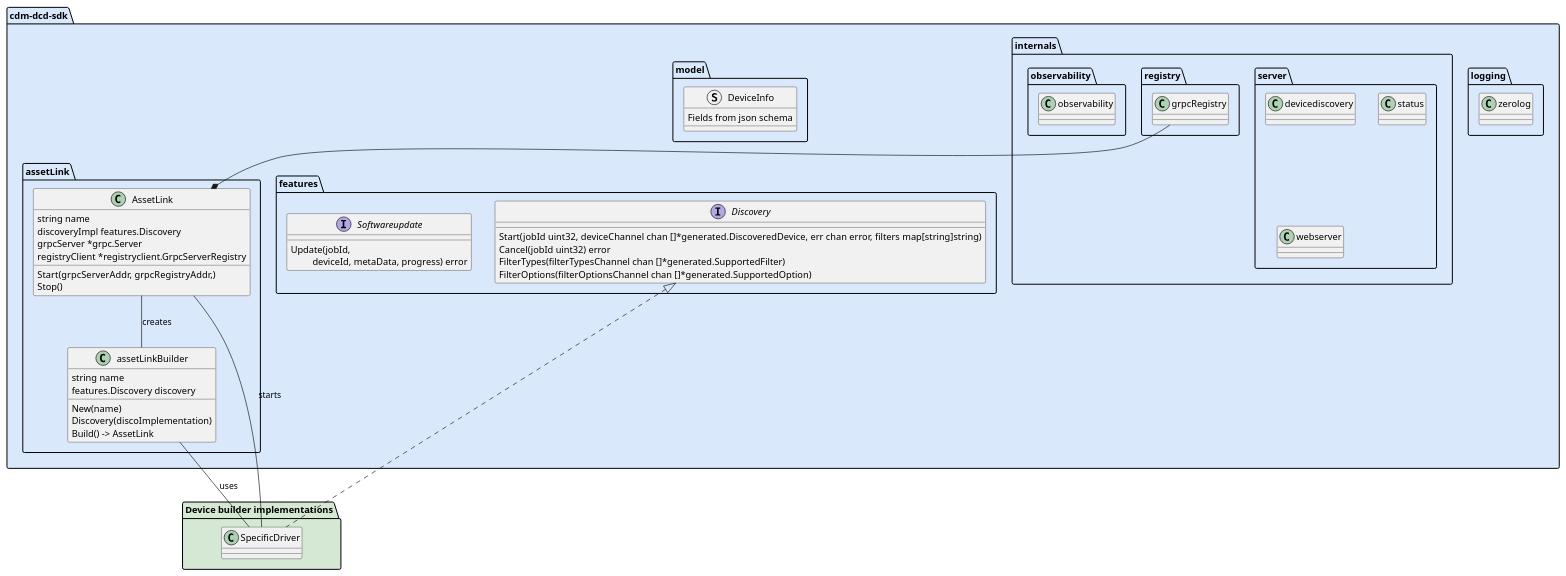
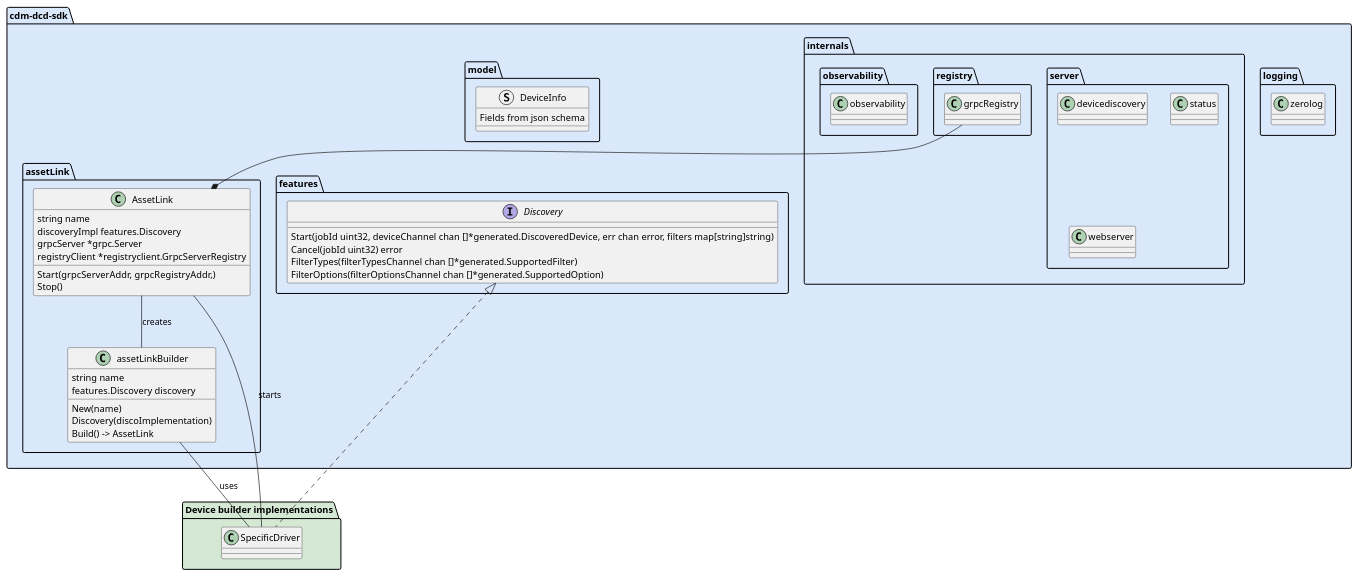
Before and after one commit to industrial-asset-hub/asset-link-sdk: the diagram in README.md, drawn with PlantUML.

Commit message:
chore(readme): remove software update from readme

````diff
--- a/README.md
+++ b/README.md
@@ -14,73 +14,70 @@
 ```plantuml
 package "cdm-dcd-sdk" #DAE8FC {
 package "features" {
 interface Discovery
-interface Softwareupdate
 
 Discovery : Start(jobId uint32, deviceChannel chan []*generated.DiscoveredDevice, err chan error, filters map[string]string)
 Discovery : Cancel(jobId uint32) error
 Discovery : FilterTypes(filterTypesChannel chan []*generated.SupportedFilter)
 Discovery : FilterOptions(filterOptionsChannel chan []*generated.SupportedOption)
-
-Softwareupdate :  Update(jobId, \n\t deviceId, metaData, progress) error
 
 }
 
 package "logging" {
 class zerolog
 
 }
 
 package "internals" {
 package "registry" {
 class grpcRegistry
 }
 
 package "server" {
 class devicediscovery
 class status
 class webserver
 
 }
 
 package "observability" {
 class observability
 
 }
 }
 
 package "assetLink" {
 AssetLink -- assetLinkBuilder : creates
 AssetLink *-u- grpcRegistry
 
 assetLinkBuilder : string name
 assetLinkBuilder : features.Discovery discovery
 assetLinkBuilder : New(name)
 assetLinkBuilder : Discovery(discoImplementation)
 assetLinkBuilder : Build() -> AssetLink
 
 AssetLink : string name
 AssetLink : discoveryImpl features.Discovery
 AssetLink : grpcServer *grpc.Server
 AssetLink : registryClient *registryclient.GrpcServerRegistry
 AssetLink : Start(grpcServerAddr, grpcRegistryAddr,)
 AssetLink : Stop()
 
 
 }
 
 
 package "model" {
 struct DeviceInfo
 DeviceInfo .d[hidden]. Discovery
 
 DeviceInfo : Fields from json schema
 }
 }
 
 package "Device builder implementations" #D5E8D4 {
 SpecificDriver -u- AssetLink : starts
 SpecificDriver -u- assetLinkBuilder : uses
 SpecificDriver .u.|> Discovery
 }
 ```
````
